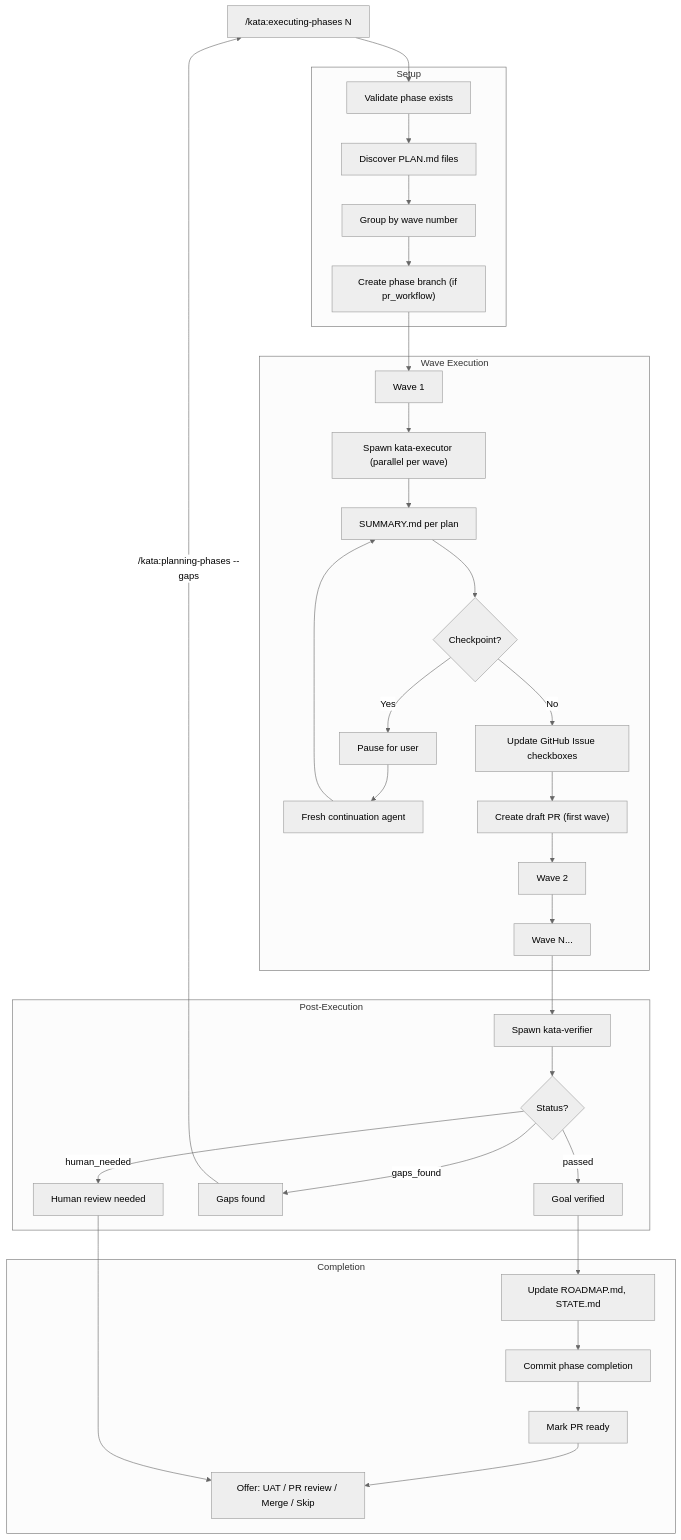
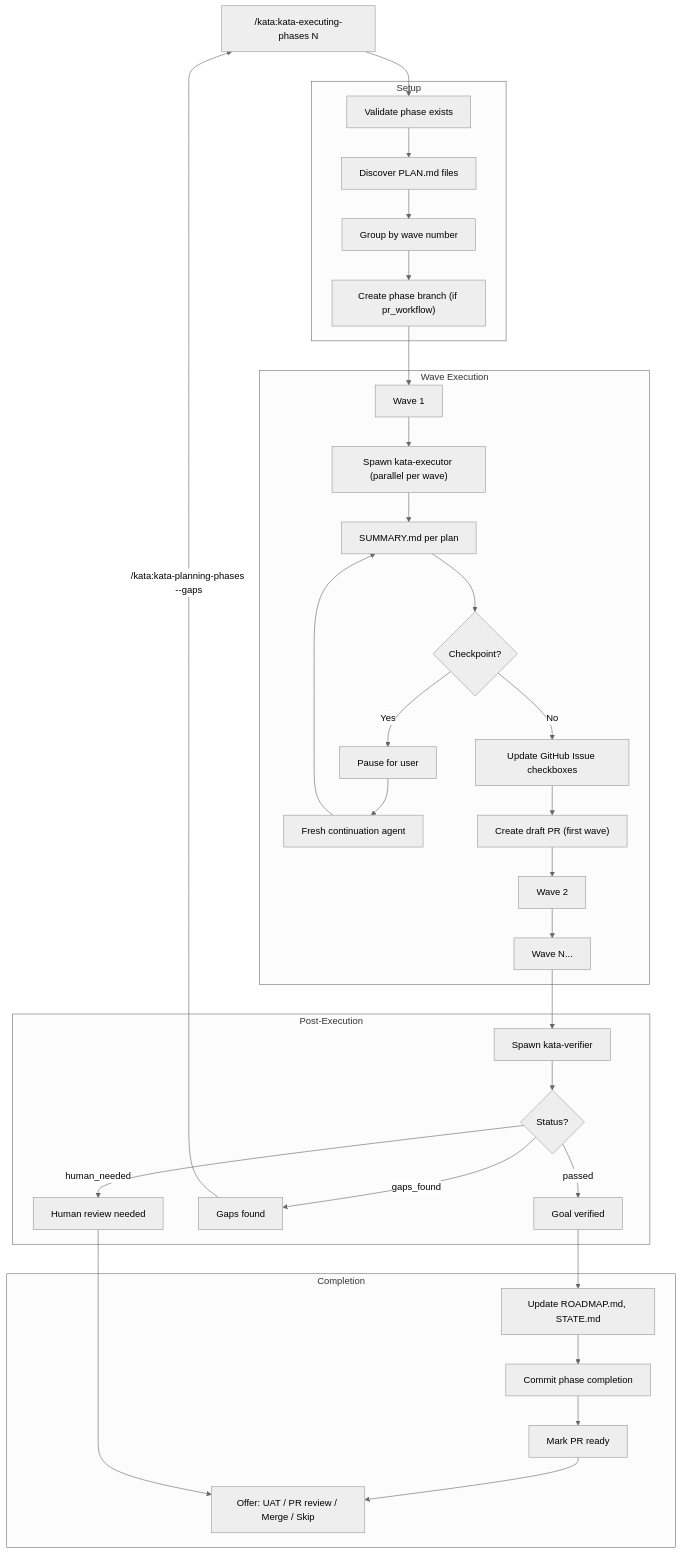
Before and after one commit to gannonh/kata: the fourth of 6 diagrams in .docs/USER-JOURNEYS.md, drawn with Mermaid (neutral theme). The commit also changed other lines of this file and 132 other files, not shown here.

````diff
--- a/.docs/USER-JOURNEYS.md
+++ b/.docs/USER-JOURNEYS.md
@@ -227,66 +227,66 @@
 ```mermaid
 flowchart TD
-    START["/kata:executing-phases N"]
+    START["/kata:kata-executing-phases N"]
 
     subgraph Setup["Setup"]
         VAL["Validate phase exists"]
         DISC["Discover PLAN.md files"]
         WAVE["Group by wave number"]
         BRANCH["Create phase branch (if pr_workflow)"]
     end
 
     subgraph Execute["Wave Execution"]
         W1["Wave 1"]
         W2["Wave 2"]
         WN["Wave N..."]
         SPAWN["Spawn kata-executor (parallel per wave)"]
         SUMM["SUMMARY.md per plan"]
         CHKPT{"Checkpoint?"}
         PAUSE["Pause for user"]
         RESUME["Fresh continuation agent"]
         GHUPD["Update GitHub Issue checkboxes"]
         PR["Create draft PR (first wave)"]
     end
 
     subgraph Verify["Post-Execution"]
         VER["Spawn kata-verifier"]
         VSTAT{"Status?"}
         PASSED["Goal verified"]
         GAPS["Gaps found"]
         HUMAN["Human review needed"]
     end
 
     subgraph Complete["Completion"]
         UPD["Update ROADMAP.md, STATE.md"]
         COMMIT["Commit phase completion"]
         PRREADY["Mark PR ready"]
         OFFER["Offer: UAT / PR review / Merge / Skip"]
     end
 
     START --> VAL
     VAL --> DISC
     DISC --> WAVE
     WAVE --> BRANCH
     BRANCH --> W1
     W1 --> SPAWN
     SPAWN --> SUMM
     SUMM --> CHKPT
     CHKPT -->|"Yes"| PAUSE
     PAUSE --> RESUME
     RESUME --> SUMM
     CHKPT -->|"No"| GHUPD
     GHUPD --> PR
     PR --> W2
     W2 --> WN
     WN --> VER
     VER --> VSTAT
     VSTAT -->|"passed"| PASSED
     VSTAT -->|"gaps_found"| GAPS
     VSTAT -->|"human_needed"| HUMAN
     PASSED --> UPD
     UPD --> COMMIT
     COMMIT --> PRREADY
     PRREADY --> OFFER
-    GAPS -->|"/kata:planning-phases --gaps"| START
+    GAPS -->|"/kata:kata-planning-phases --gaps"| START
     HUMAN --> OFFER
 ```
````
